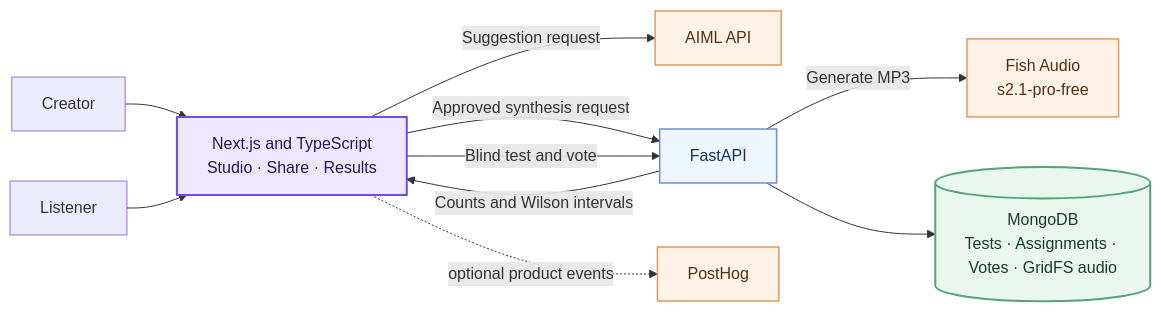
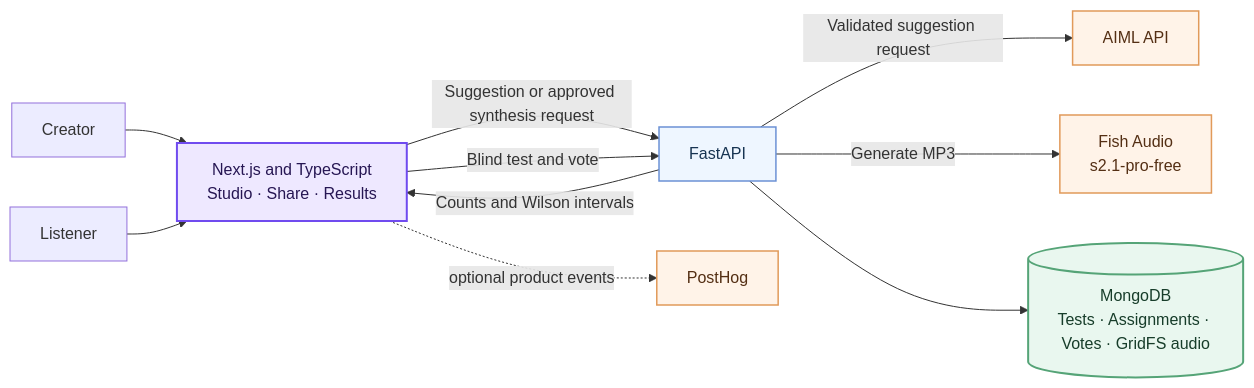
One commit to NikhilRaikwar/HeardIt changed the diagram in README.md. Above: the diagram before and after it, drawn with Mermaid. The commit also changed other lines of this file and 55 other files, not shown here.

````diff
--- a/README.md
+++ b/README.md
@@ -46,21 +48,21 @@
 ```mermaid
 flowchart LR
   Creator[Creator] --> Web[Next.js and TypeScript<br/>Studio · Share · Results]
   Listener[Listener] --> Web
-  Web -->|Suggestion request| AIML[AIML API]
-  Web -->|Approved synthesis request| API[FastAPI]
+  Web -->|Suggestion or approved synthesis request| API[FastAPI]
+  API -->|Validated suggestion request| AIML[AIML API]
   API -->|Generate MP3| Fish[Fish Audio<br/>s2.1-pro-free]
   API --> DB[(MongoDB<br/>Tests · Assignments · Votes · GridFS audio)]
   Web -->|Blind test and vote| API
   API -->|Counts and Wilson intervals| Web
   Web -. optional product events .-> PH[PostHog]
 
   classDef app fill:#eee8ff,stroke:#704bef,color:#261653,stroke-width:2px
   classDef service fill:#eef6ff,stroke:#6b91d5,color:#173452,stroke-width:1.5px
   classDef data fill:#e9f7ef,stroke:#55a477,color:#173d2a,stroke-width:2px
   classDef provider fill:#fff3e8,stroke:#e19a5a,color:#542f14,stroke-width:1.5px
   class Web app
   class API service
   class DB data
   class AIML,Fish,PH provider
 ```
````
